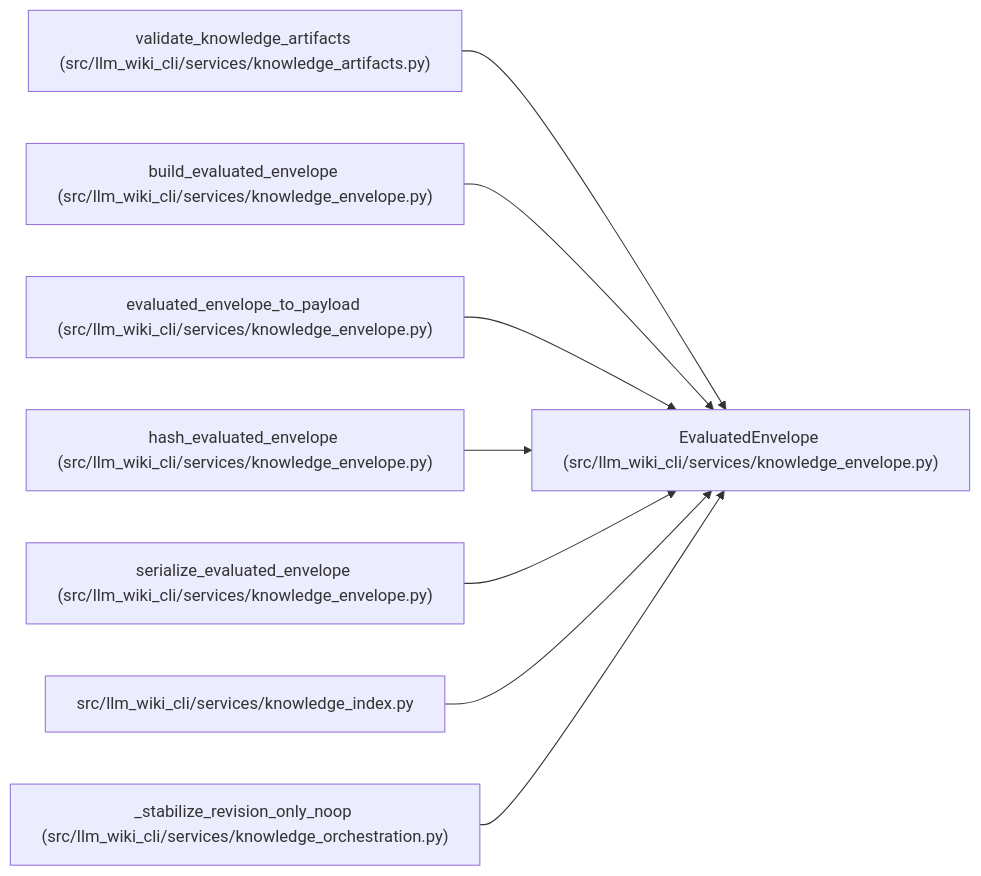
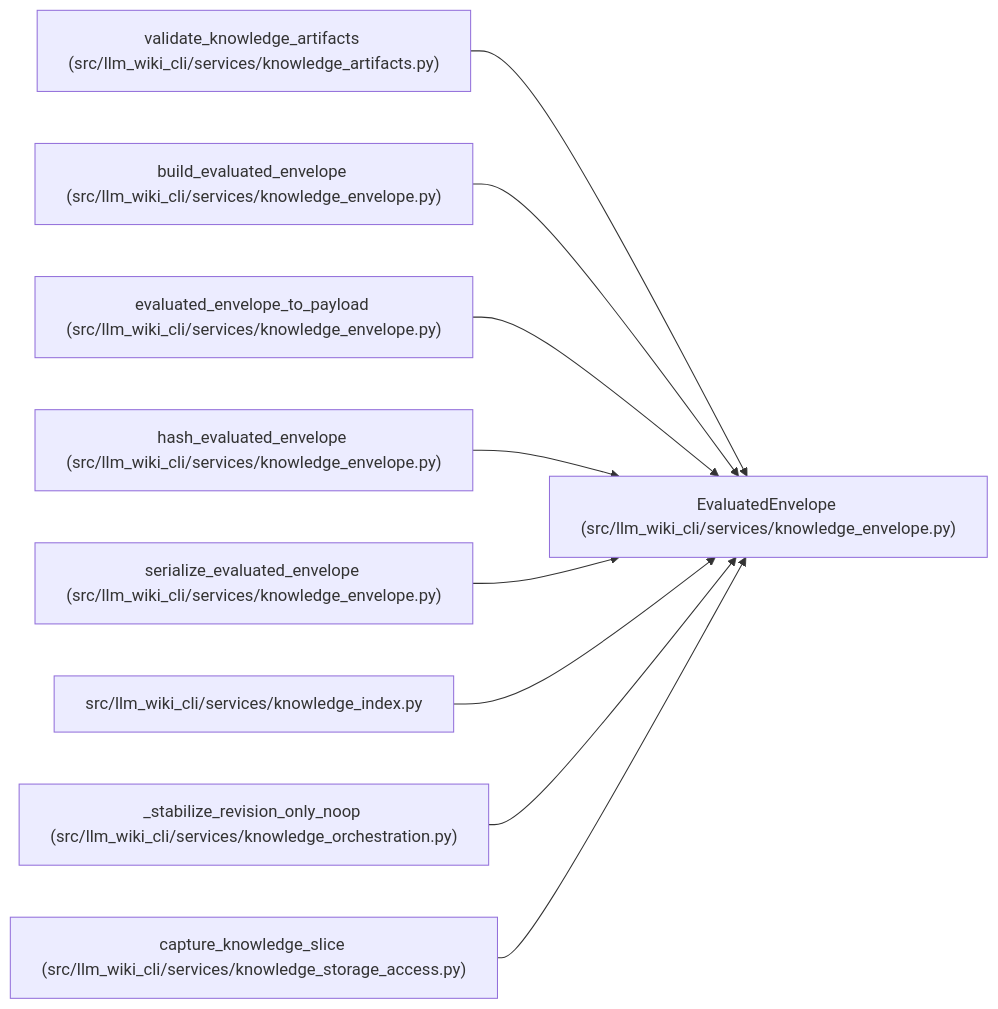
One commit to Denissvgn/python-wiki-llm changed the diagram in docs/llm_wiki/entities/EvaluatedEnvelope.md. Above: the diagram before and after it, drawn with Mermaid. The commit also changed other lines of this file and 6245 other files, not shown here.

Commit message:
Refresh wiki for sharded storage and cover Git size boundaries

````diff
--- a/docs/llm_wiki/entities/EvaluatedEnvelope.md
+++ b/docs/llm_wiki/entities/EvaluatedEnvelope.md
@@ -33,26 +33,29 @@
 ```mermaid
 flowchart LR
     n0["EvaluatedEnvelope (src/llm_wiki_cli/services/knowledge_envelope.py)"]
     n1["validate_knowledge_artifacts (src/llm_wiki_cli/services/knowledge_artifacts.py)"]
     n2["build_evaluated_envelope (src/llm_wiki_cli/services/knowledge_envelope.py)"]
     n3["evaluated_envelope_to_payload (src/llm_wiki_cli/services/knowledge_envelope.py)"]
     n4["hash_evaluated_envelope (src/llm_wiki_cli/services/knowledge_envelope.py)"]
     n5["serialize_evaluated_envelope (src/llm_wiki_cli/services/knowledge_envelope.py)"]
     n6["src/llm_wiki_cli/services/knowledge_index.py"]
     n7["_stabilize_revision_only_noop (src/llm_wiki_cli/services/knowledge_orchestration.py)"]
+    n8["capture_knowledge_slice (src/llm_wiki_cli/services/knowledge_storage_access.py)"]
     n1 --> n0
     n2 --> n0
     n3 --> n0
     n4 --> n0
     n5 --> n0
     n6 --> n0
     n7 --> n0
+    n8 --> n0
     click n0 "../modules/knowledge_envelope.md"
     click n1 "../modules/knowledge_artifacts.md"
     click n2 "../modules/knowledge_envelope.md"
     click n3 "../modules/knowledge_envelope.md"
     click n4 "../modules/knowledge_envelope.md"
     click n5 "../modules/knowledge_envelope.md"
     click n6 "../modules/knowledge_index.md"
     click n7 "../modules/knowledge_orchestration.md"
+    click n8 "../modules/knowledge_storage_access.md"
 ```
````
